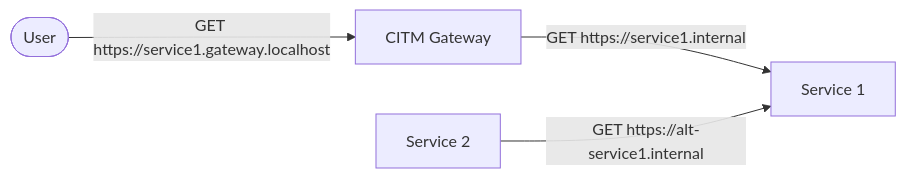
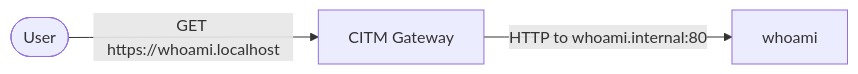
One commit to fardjad/caddy-in-the-middle changed the diagram in docs/src/tutorials/getting-started.md. Above: the diagram before and after it, drawn with Mermaid. The commit also changed other lines of this file and 4 other files, not shown here.

````diff
--- a/docs/src/tutorials/getting-started.md
+++ b/docs/src/tutorials/getting-started.md
@@ -42,6 +25,5 @@
 ```mermaid
 flowchart LR
-    User([User]) -- "GET https://service1.gateway.localhost" --> Gateway[CITM Gateway]
-    Gateway -- "GET https://service1.internal" --> Service1[Service 1]
-    Service2[Service 2] -- "GET https://alt-service1.internal" --> Service1[Service 1]
+    User([User]) -- "GET https://whoami.localhost" --> Gateway[CITM Gateway]
+    Gateway -- "HTTP to whoami.internal:80" --> Whoami[whoami]
 ```
````
